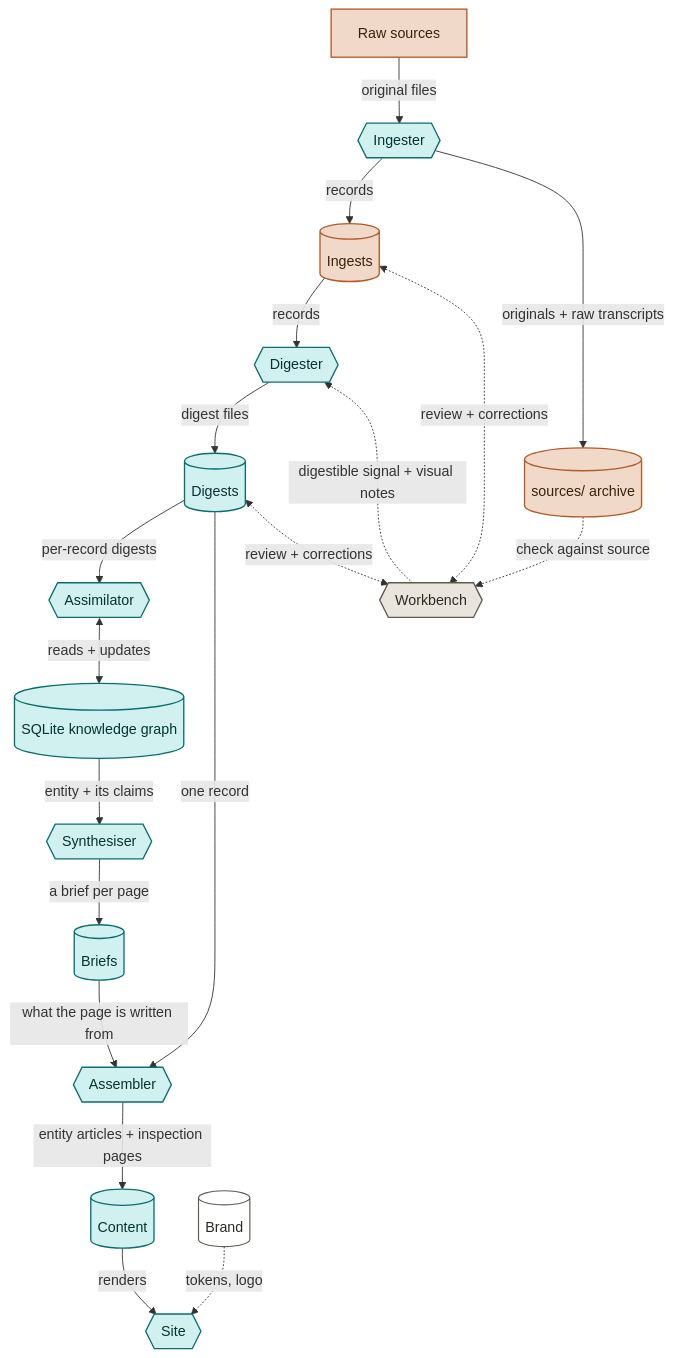
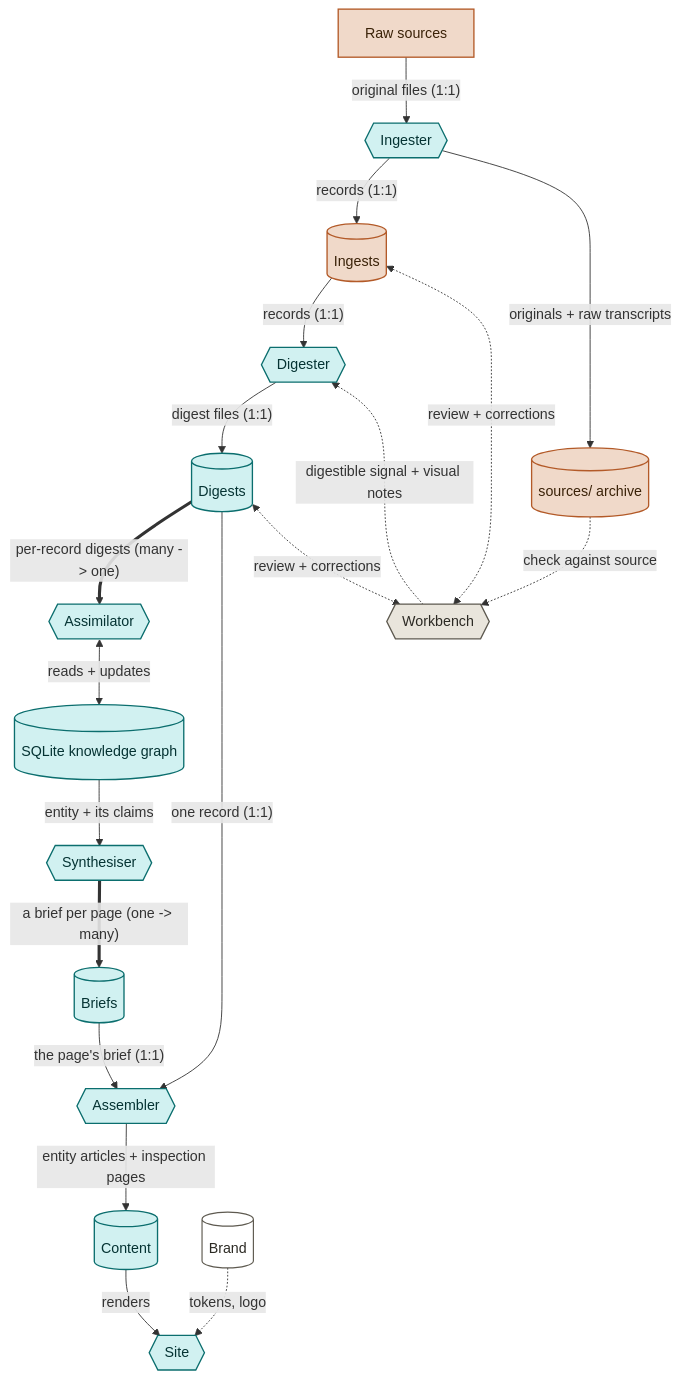
Before and after one commit to anomalica/site: the diagram in assets/architecture/pipeline.mmd, drawn with Mermaid. The commit also changed 4 other files, not shown here.

First line of the commit message:
feat(architecture): cardinality on data-flow edges; concrete asset-spine scheduling tab

```diff
--- a/assets/architecture/pipeline.mmd
+++ b/assets/architecture/pipeline.mmd
@@ -1,56 +1,56 @@
 flowchart TB
   classDef src fill:#F0D9C9,stroke:#B35A28,stroke-width:1.5px,color:#3a2208;
   classDef pub fill:#D1F1F1,stroke:#0B6E6E,stroke-width:1.5px,color:#053333;
   classDef rev fill:#E9E5DC,stroke:#5E5A50,stroke-width:1.5px,color:#2c2a24;
   classDef store fill:#ffffff,stroke:#5E5A50,stroke-width:1.3px,color:#2c2a24;
 
   raw["Raw sources"]:::src
   ingester{{"Ingester"}}:::pub
   ingests[("Ingests")]:::src
   archive[("sources/ archive")]:::src
   workbench{{"Workbench"}}:::rev
   digester{{"Digester"}}:::pub
   digests[("Digests")]:::pub
   assimilator{{"Assimilator"}}:::pub
   kg[("SQLite knowledge graph")]:::pub
   synthesiser{{"Synthesiser"}}:::pub
   briefs[("Briefs")]:::pub
   assembler{{"Assembler"}}:::pub
   content[("Content")]:::pub
   site{{"Site"}}:::pub
   brand[("Brand")]:::store
 
-  raw -->|"original files"| ingester
-  ingester -->|"records"| ingests
+  raw -->|"original files (1:1)"| ingester
+  ingester -->|"records (1:1)"| ingests
   ingester -->|"originals + raw transcripts"| archive
-  ingests -->|"records"| digester
-  digester -->|"digest files"| digests
-  digests -->|"per-record digests"| assimilator
+  ingests -->|"records (1:1)"| digester
+  digester -->|"digest files (1:1)"| digests
+  digests ==>|"per-record digests (many -> one)"| assimilator
   assimilator <-->|"reads + updates"| kg
   kg -->|"entity + its claims"| synthesiser
-  synthesiser -->|"a brief per page"| briefs
-  briefs -->|"what the page is written from"| assembler
-  digests -->|"one record"| assembler
+  synthesiser ==>|"a brief per page (one -> many)"| briefs
+  briefs -->|"the page's brief (1:1)"| assembler
+  digests -->|"one record (1:1)"| assembler
   assembler -->|"entity articles + inspection pages"| content
   content -->|"renders"| site
   brand -.->|"tokens, logo"| site
   ingests <-.->|"review + corrections"| workbench
   digests <-.->|"review + corrections"| workbench
   archive -.->|"check against source"| workbench
   workbench -.->|"digestible signal + visual notes"| digester
 
   click raw nodeClick
   click ingester nodeClick
   click ingests nodeClick
   click archive nodeClick
   click workbench nodeClick
   click digester nodeClick
   click digests nodeClick
   click assimilator nodeClick
   click kg nodeClick
   click synthesiser nodeClick
   click briefs nodeClick
   click assembler nodeClick
   click content nodeClick
   click site nodeClick
   click brand nodeClick
```
